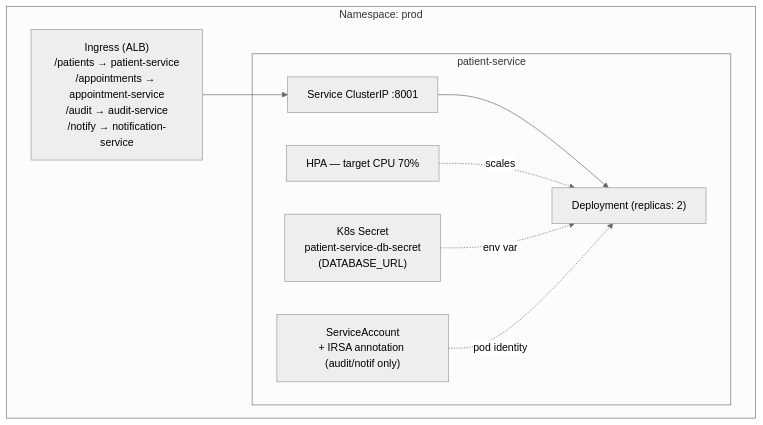
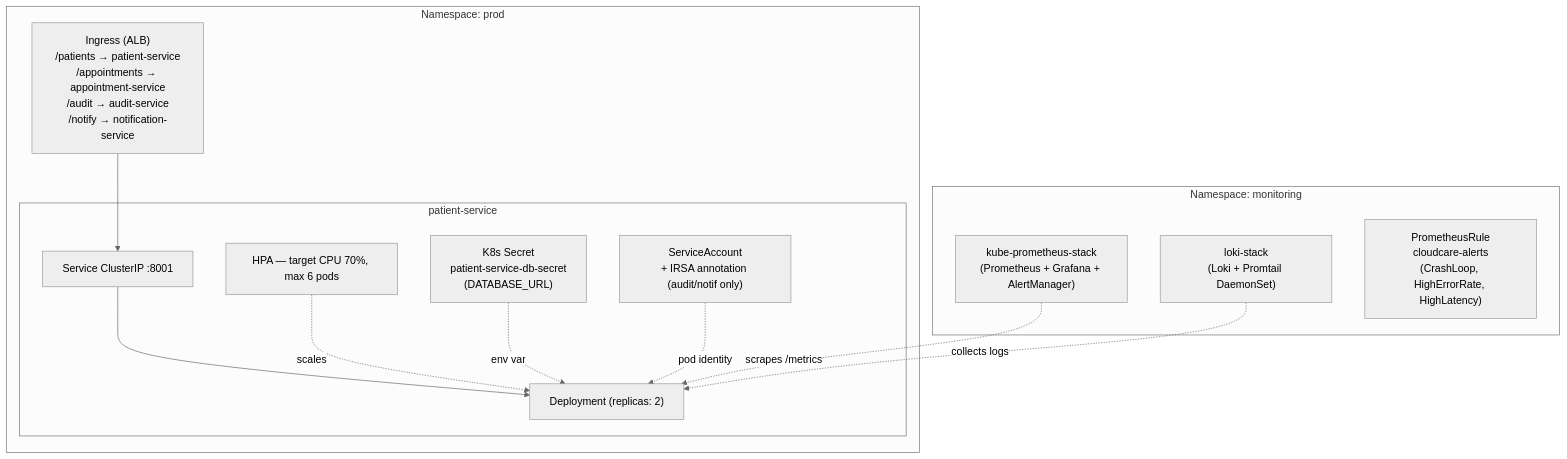
Before and after one commit to chala2001/cloud-care-k8s: the fifth of 7 diagrams in README.md, drawn with Mermaid (neutral theme). The commit also changed other lines of this file, not shown here.

Commit message:
docs: update README with actual deployment — 3 nodes, Terraform 1.10, monitoring stack, all known issues

````diff
--- a/README.md
+++ b/README.md
@@ -372,18 +381,26 @@
 ```mermaid
 flowchart TB
     subgraph NS["Namespace: prod"]
         subgraph SVC["patient-service"]
             D1["Deployment (replicas: 2)"]
             SVC1["Service ClusterIP :8001"]
-            HPA1["HPA — target CPU 70%"]
+            HPA1["HPA — target CPU 70%, max 6 pods"]
             SA1["ServiceAccount\n+ IRSA annotation (audit/notif only)"]
             SEC1["K8s Secret\npatient-service-db-secret\n(DATABASE_URL)"]
         end
         ING["Ingress (ALB)\n/patients → patient-service\n/appointments → appointment-service\n/audit → audit-service\n/notify → notification-service"]
     end
 
+    subgraph MON["Namespace: monitoring"]
+        PROM["kube-prometheus-stack\n(Prometheus + Grafana + AlertManager)"]
+        LOKI2["loki-stack\n(Loki + Promtail DaemonSet)"]
+        RULES["PrometheusRule\ncloudcare-alerts\n(CrashLoop, HighErrorRate, HighLatency)"]
+    end
+
     ING --> SVC1 --> D1
     HPA1 -. scales .-> D1
     SEC1 -. env var .-> D1
     SA1 -. pod identity .-> D1
+    PROM -. scrapes /metrics .-> D1
+    LOKI2 -. collects logs .-> D1
 ```
````
